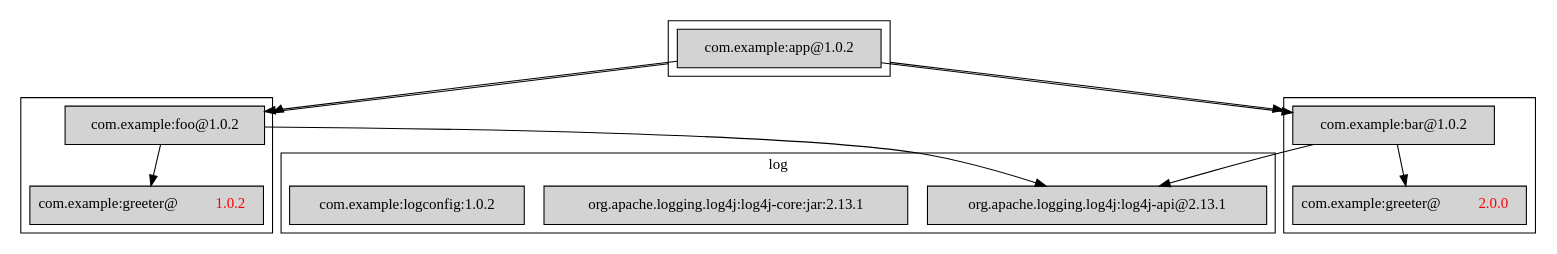
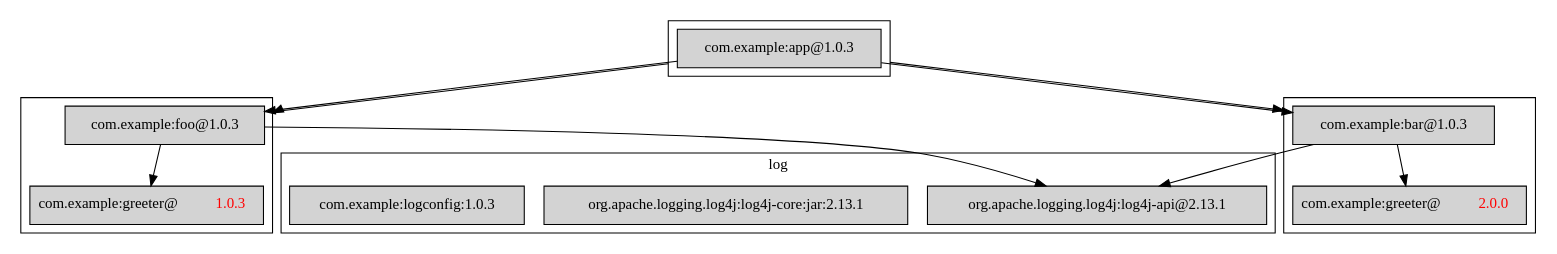
One commit to aalmiray/playground changed the diagram in images/example.dot. Above: the diagram before and after it, drawn with Graphviz. The commit also changed 86 other files, not shown here.

```diff
--- a/images/example.dot
+++ b/images/example.dot
@@ -1,45 +1,45 @@
 
 
 
 digraph "package dependencies"
 {
     node [shape=box]
     compound=true;
     
     subgraph cluster_log {
         node [style=filled];
     	"org.apache.logging.log4j:log4j-api@2.13.1"
     	"org.apache.logging.log4j:log4j-core:jar:2.13.1"
-        "com.example:logconfig:1.0.2"
+        "com.example:logconfig:1.0.3"
     	label = "log";
     }
     
     subgraph cluster_foo {
         node [style=filled];
         
         
-        "com.example:foo@1.0.2";
-        "com.example:greeter@1.0.2" [label=<com.example:greeter@<font color='red'>1.0.2</font>>];
+        "com.example:foo@1.0.3";
+        "com.example:greeter@1.0.3" [label=<com.example:greeter@<font color='red'>1.0.3</font>>];
         
-        "com.example:foo@1.0.2" -> "org.apache.logging.log4j:log4j-api@2.13.1";
-        "com.example:foo@1.0.2" -> "com.example:greeter@1.0.2";
+        "com.example:foo@1.0.3" -> "org.apache.logging.log4j:log4j-api@2.13.1";
+        "com.example:foo@1.0.3" -> "com.example:greeter@1.0.3";
     }
     
     subgraph cluster_bar {
         node [style=filled];
         
         "com.example:greeter@2.0.0" [label=<com.example:greeter@<font color='red'>2.0.0</font>>];
-        "com.example:bar@1.0.2" -> "org.apache.logging.log4j:log4j-api@2.13.1";
-        "com.example:bar@1.0.2" -> "com.example:greeter@2.0.0";
+        "com.example:bar@1.0.3" -> "org.apache.logging.log4j:log4j-api@2.13.1";
+        "com.example:bar@1.0.3" -> "com.example:greeter@2.0.0";
     }
     
     subgraph cluster_app {
         node [style=filled];
         
-        "com.example:app@1.0.2"  -> "com.example:foo@1.0.2";
-        "com.example:app@1.0.2"  -> "com.example:bar@1.0.2";
+        "com.example:app@1.0.3"  -> "com.example:foo@1.0.3";
+        "com.example:app@1.0.3"  -> "com.example:bar@1.0.3";
         
-        "com.example:app@1.0.2"  -> "com.example:foo@1.0.2" [ltail=cluster_app,lhead=cluster_foo];
-        "com.example:app@1.0.2"  -> "com.example:bar@1.0.2" [ltail=cluster_app,lhead=cluster_bar];
+        "com.example:app@1.0.3"  -> "com.example:foo@1.0.3" [ltail=cluster_app,lhead=cluster_foo];
+        "com.example:app@1.0.3"  -> "com.example:bar@1.0.3" [ltail=cluster_app,lhead=cluster_bar];
     }
 }
```
